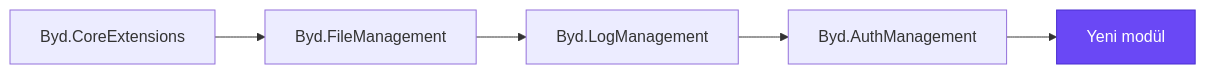
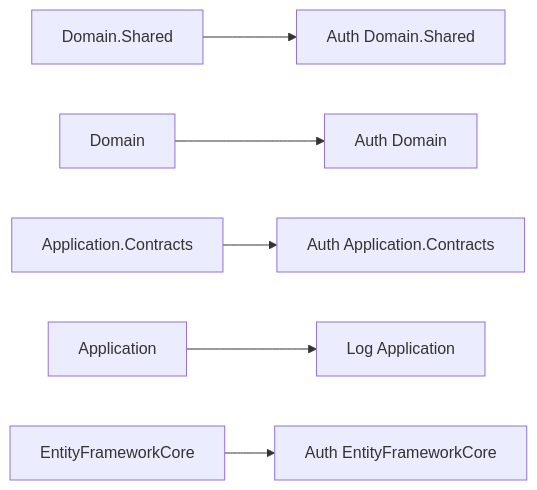
One commit to mertbyd/byd-module-template changed the second of 2 diagrams in README.md. Above: the diagram before and after it, drawn with Mermaid. The commit also changed other lines of this file, not shown here.

````diff
--- a/README.md
+++ b/README.md
@@ -33,5 +39,8 @@
 ```mermaid
 flowchart LR
-    CORE[Byd.CoreExtensions] --> FILE[Byd.FileManagement] --> LOG[Byd.LogManagement] --> AUTH[Byd.AuthManagement] --> NEW[Yeni modül]
-    style NEW fill:#6a48f5,color:#fff,stroke:#4a2fd0
+    DS[Domain.Shared] --> A1[Auth Domain.Shared]
+    D[Domain] --> A2[Auth Domain]
+    AC[Application.Contracts] --> A3[Auth Application.Contracts]
+    AP[Application] --> L1[Log Application]
+    EF[EntityFrameworkCore] --> A4[Auth EntityFrameworkCore]
 ```
````
